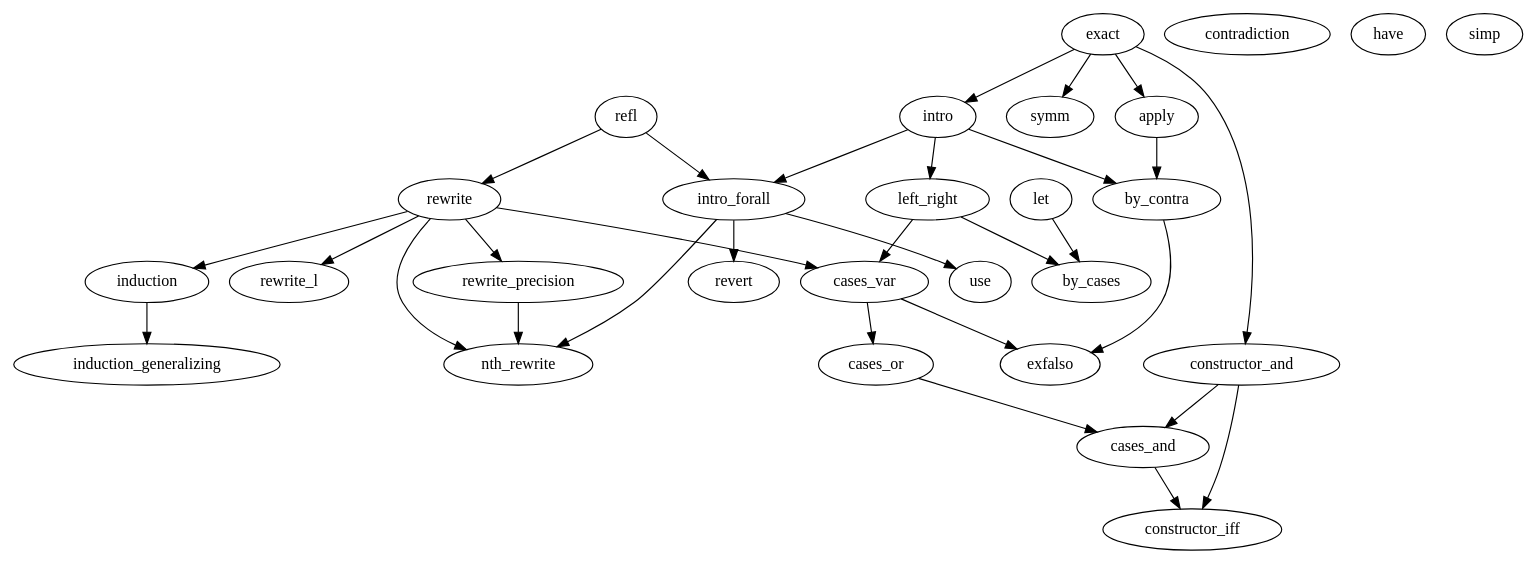
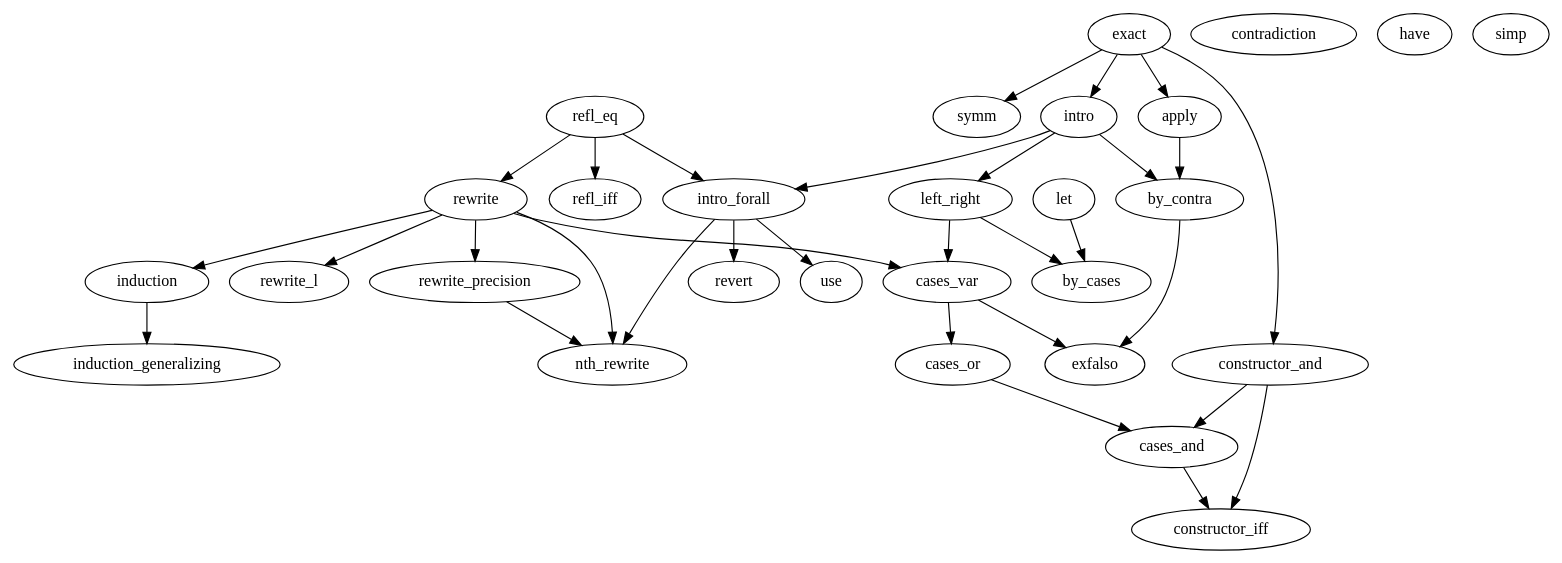
The diagram in DepGraph/Tutorial.dot (YouRancestor/MathProofGame_Levels), drawn with Graphviz before and after one commit. The commit also changed 3 other files, not shown here.

```diff
--- a/DepGraph/Tutorial.dot
+++ b/DepGraph/Tutorial.dot
@@ -1,85 +1,88 @@
 digraph tactic_dep {
-    refl
+    refl_eq
+    refl_iff
+
+    refl_eq -> refl_iff
     
     rewrite
-    refl -> rewrite
+    refl_eq -> rewrite
 
     rewrite_l
     {rewrite} -> rewrite_l
 
     rewrite_precision
     {rewrite} -> rewrite_precision
 
     nth_rewrite
     {rewrite; rewrite_precision; intro_forall/*认识∀符号*/} -> nth_rewrite
 
     exact
 
     apply
     exact -> apply
 
     intro
     {exact} -> intro
 
     intro_forall
-    {intro; refl} -> intro_forall
+    {intro; refl_eq} -> intro_forall
 
     constructor_and
     {exact} -> constructor_and
 
     constructor_iff
     {constructor_and; cases_and} -> constructor_iff
 
     left_right
     {intro} -> left_right
 
     cases_var
     {rewrite; left_right} -> cases_var
 
     cases_or
     {cases_var} -> cases_or
 
     cases_and
     {cases_or; constructor_and} -> cases_and
 
     // TODO
     by_cases
     {left_right; let} -> by_cases
 
     induction
     {rewrite} -> induction
 
     // TODO
     induction_generalizing
     {induction} -> induction_generalizing
 
     by_contra
     {intro; apply} -> by_contra
 
     exfalso
     {cases_var; by_contra} -> exfalso
 
     revert
     {intro_forall} -> revert
 
     use
     {intro_forall} -> use
 
     // TODO
     contradiction
 
     // TODO
     have
 
     // TODO
     let
 
     // TODO
     symm
     {exact} -> symm
 
     // TODO
     simp // 高级
 
     // split
 }
```
